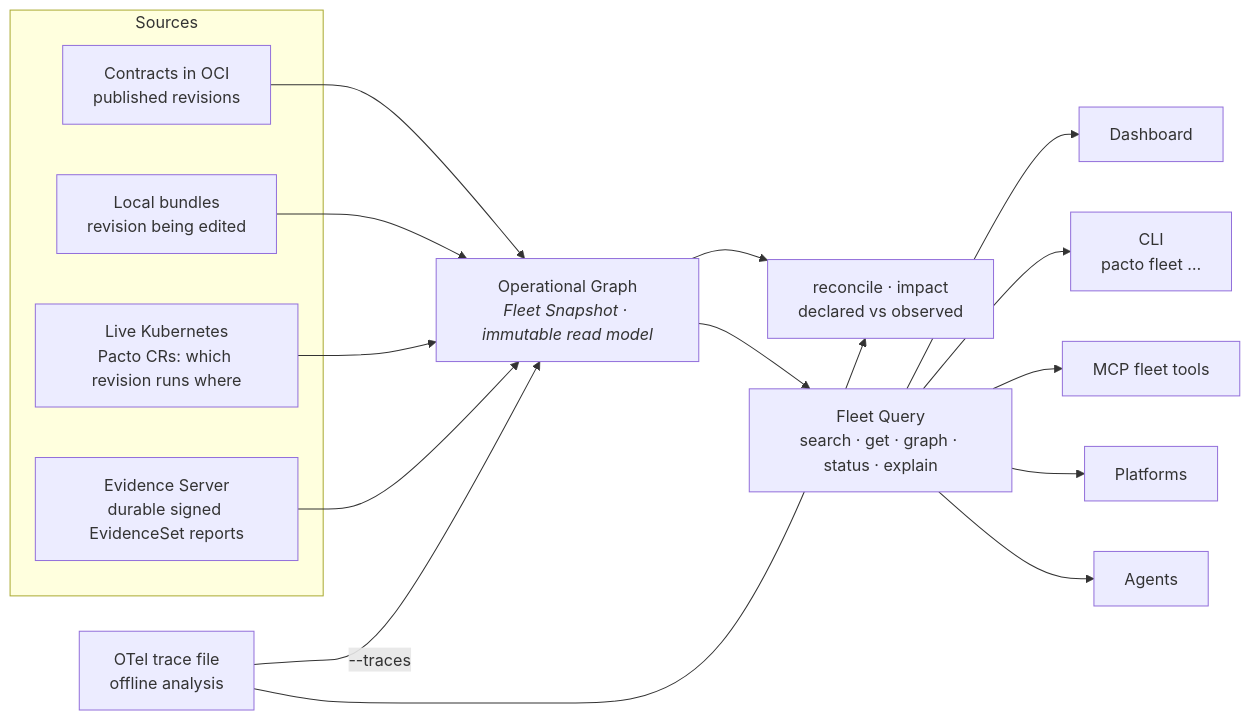
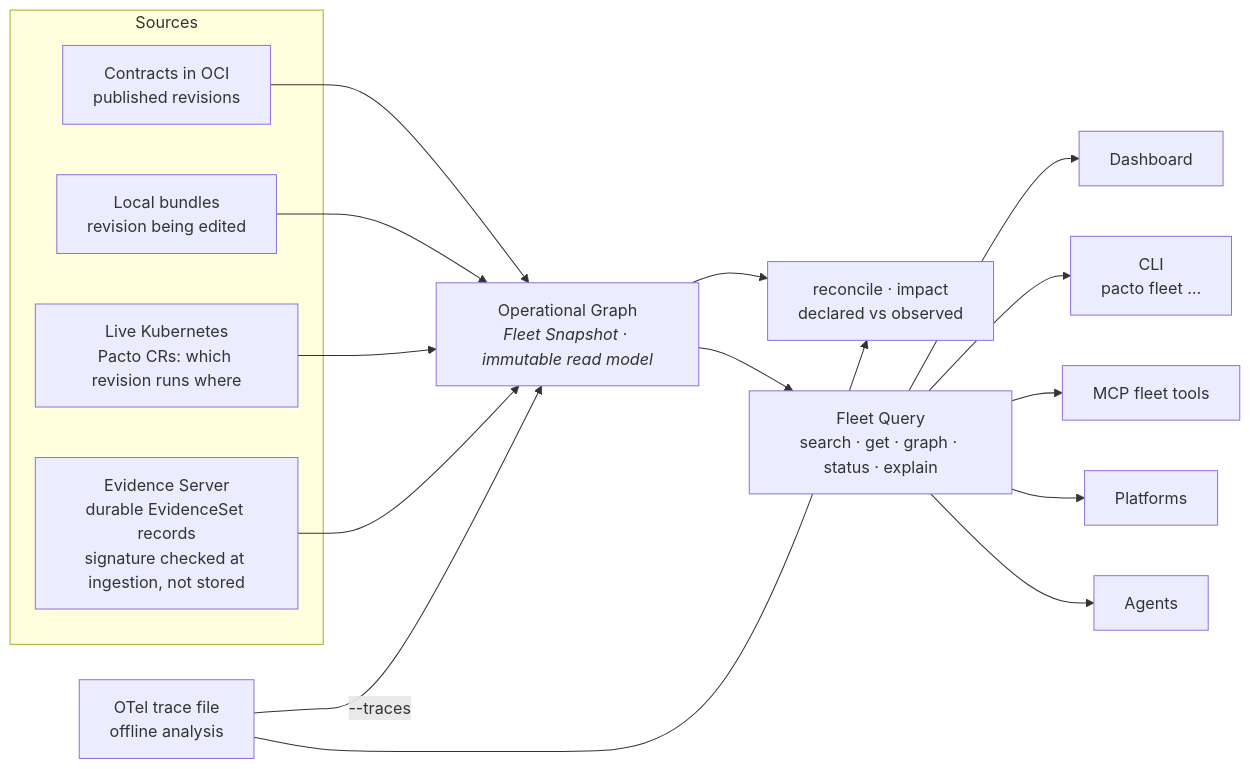
One commit to TrianaLab/pacto changed the first of 2 diagrams in docs/operational-graph.md. Above: the diagram before and after it, drawn with Mermaid. The commit also changed other lines of this file and 101 other files, not shown here.

````diff
--- a/docs/operational-graph.md
+++ b/docs/operational-graph.md
@@ -274,24 +417,24 @@
 ```mermaid
 flowchart LR
     subgraph Sources["Sources"]
         OCI["Contracts in OCI<br/>published revisions"]
         LOCAL["Local bundles<br/>revision being edited"]
         K8S["Live Kubernetes<br/>Pacto CRs: which revision runs where"]
-        EVI["Evidence Server<br/>durable signed EvidenceSet reports"]
+        EVI["Evidence Server<br/>durable EvidenceSet records<br/>signature checked at ingestion, not stored"]
     end
     OTEL["OTel trace file<br/>offline analysis"]
     OCI --> OG
     LOCAL --> OG
     K8S --> OG
     EVI --> OG
     OTEL -->|--traces| OG
     OG["Operational Graph<br/><i>Fleet Snapshot · immutable read model</i>"]
     OTEL --> RECON["reconcile · impact<br/>declared vs observed"]
     OG --> RECON
     OG --> Q["Fleet Query<br/>search · get · graph · status · explain"]
     Q --> DASH["Dashboard"]
     Q --> CLI["CLI<br/>pacto fleet …"]
     Q --> MCP["MCP fleet tools"]
     Q --> PLAT["Platforms"]
     Q --> AGENT["Agents"]
 ```
````
